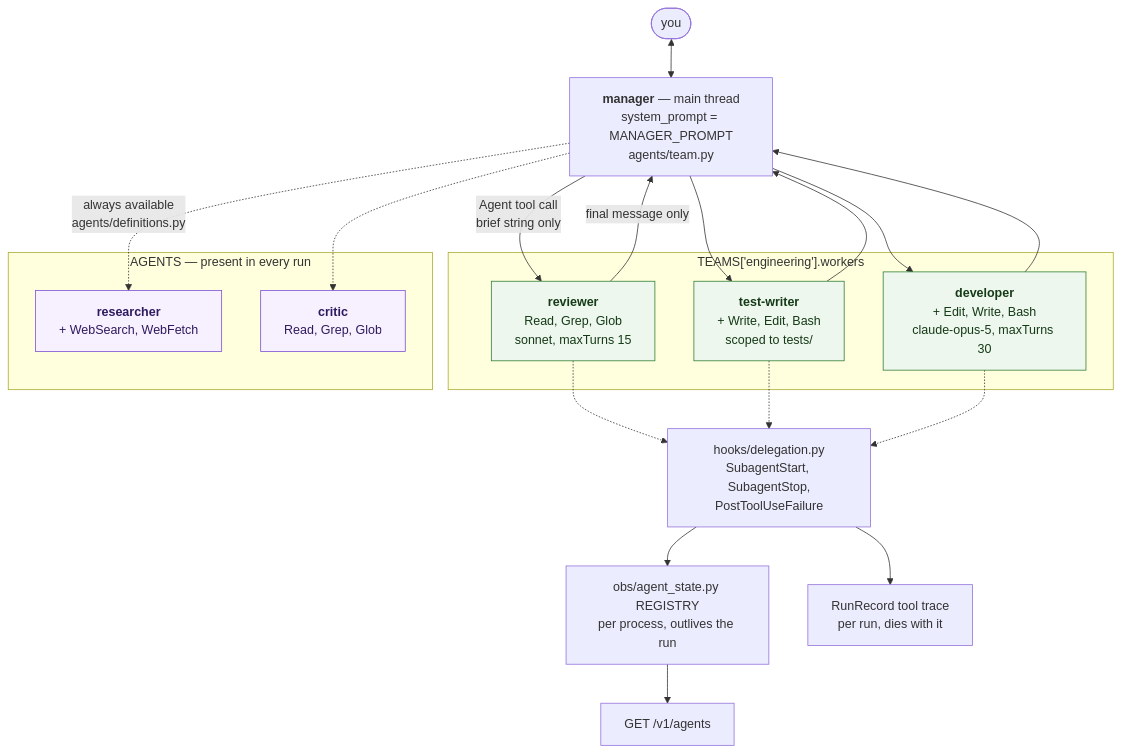
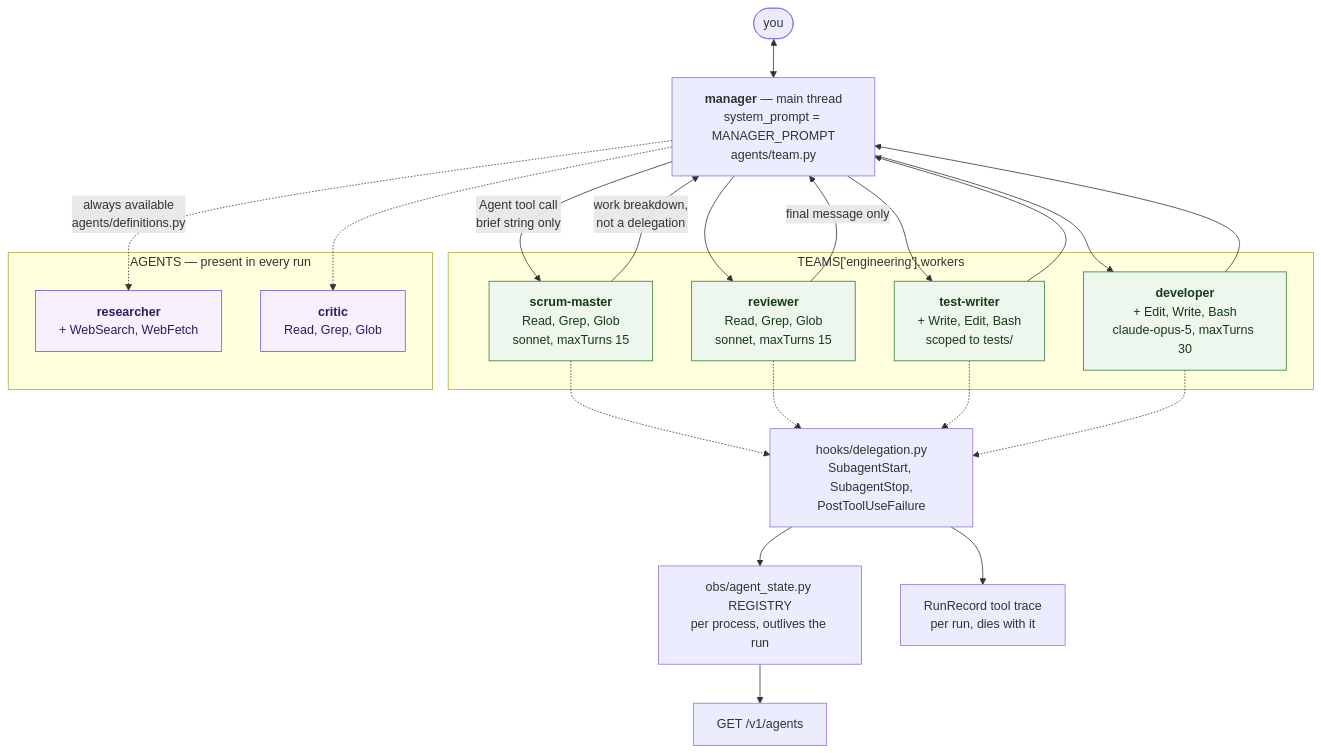
Before and after one commit to shulginilya/ai_agency: the third of 8 diagrams in docs/architecture.md, drawn with Mermaid. The commit also changed other lines of this file and 2 other files, not shown here.

Commit message:
feat:  add scrum master to engineering team

````diff
--- a/docs/architecture.md
+++ b/docs/architecture.md
@@ -119,39 +119,43 @@
 ```mermaid
 flowchart TB
     classDef worker fill:#eef7ee,stroke:#2f7d32,color:#153a17
     classDef ro fill:#f7f0ff,stroke:#7a4fd4,color:#2f1a5e
 
     USER(["you"]) <--> MGR["<b>manager</b> — main thread<br/>system_prompt = MANAGER_PROMPT<br/>agents/team.py"]
 
-    MGR -- "Agent tool call<br/>brief string only" --> W1
+    MGR -- "Agent tool call<br/>brief string only" --> W0
+    MGR --> W1
     MGR --> W2
     MGR --> W3
     MGR -. "always available<br/>agents/definitions.py" .-> W4
     MGR -.-> W5
 
     subgraph team["TEAMS['engineering'].workers"]
+        W0["<b>scrum-master</b><br/>Read, Grep, Glob<br/>sonnet, maxTurns 15"]
         W1["<b>reviewer</b><br/>Read, Grep, Glob<br/>sonnet, maxTurns 15"]
         W2["<b>test-writer</b><br/>+ Write, Edit, Bash<br/>scoped to tests/"]
         W3["<b>developer</b><br/>+ Edit, Write, Bash<br/>claude-opus-5, maxTurns 30"]
     end
 
     subgraph solo["AGENTS — present in every run"]
         W4["<b>researcher</b><br/>+ WebSearch, WebFetch"]
         W5["<b>critic</b><br/>Read, Grep, Glob"]
     end
 
+    W0 -- "work breakdown,<br/>not a delegation" --> MGR
     W1 -- "final message only" --> MGR
     W2 --> MGR
     W3 --> MGR
 
     HOOKS["hooks/delegation.py<br/>SubagentStart, SubagentStop,<br/>PostToolUseFailure"]
+    W0 -.-> HOOKS
     W1 -.-> HOOKS
     W2 -.-> HOOKS
     W3 -.-> HOOKS
     HOOKS --> REG["obs/agent_state.py REGISTRY<br/>per process, outlives the run"]
     HOOKS --> RR["RunRecord tool trace<br/>per run, dies with it"]
     REG --> APIA["GET /v1/agents"]
 
-    class W1,W2,W3 worker
+    class W0,W1,W2,W3 worker
     class W4,W5 ro
 ```
````
